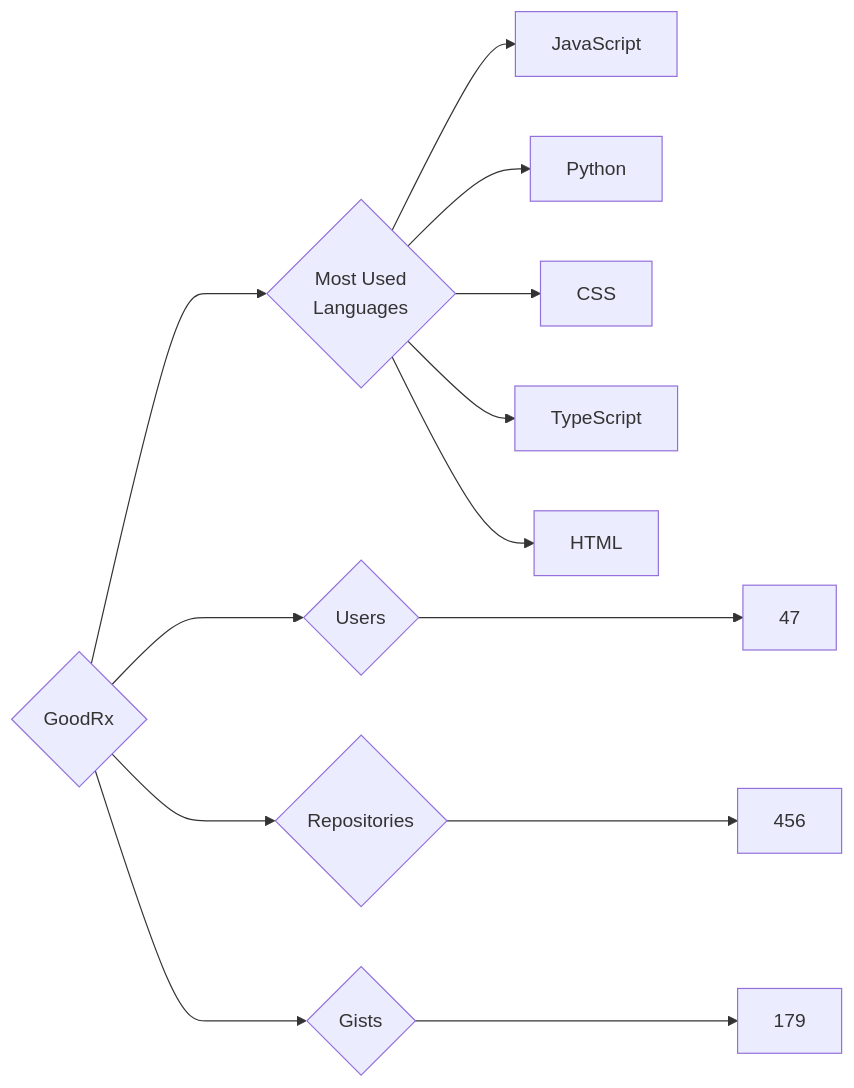
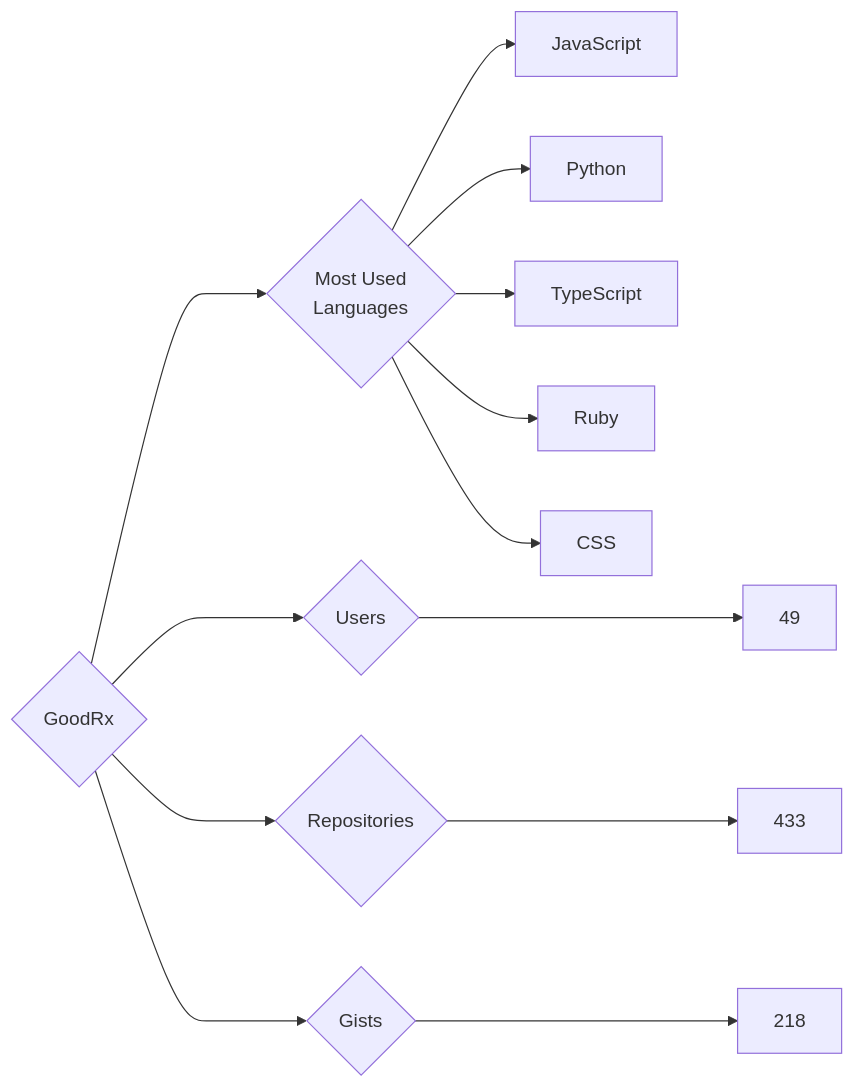
One commit to trickest/insiders changed the diagram in targets/GoodRx/README.md. Above: the diagram before and after it, drawn with Mermaid. The commit also changed 934 other files, not shown here.

````diff
--- a/targets/GoodRx/README.md
+++ b/targets/GoodRx/README.md
@@ -3,13 +3,13 @@
 ```mermaid
 graph LR
 COMPANY_NAME{GoodRx}
-COMPANY_NAME ---> U{Users} ---> UN[47]
-COMPANY_NAME ---> R{Repositories} ---> RN[456]
-COMPANY_NAME ---> G{Gists} ---> GN[179]
+COMPANY_NAME ---> U{Users} ---> UN[49]
+COMPANY_NAME ---> R{Repositories} ---> RN[433]
+COMPANY_NAME ---> G{Gists} ---> GN[218]
 COMPANY_NAME ---> ML{Most Used<br>Languages}
 ML --> JavaScript[JavaScript]
 ML --> Python[Python]
+ML --> TypeScript[TypeScript]
+ML --> Ruby[Ruby]
 ML --> CSS[CSS]
-ML --> TypeScript[TypeScript]
-ML --> HTML[HTML]
 ```
````
